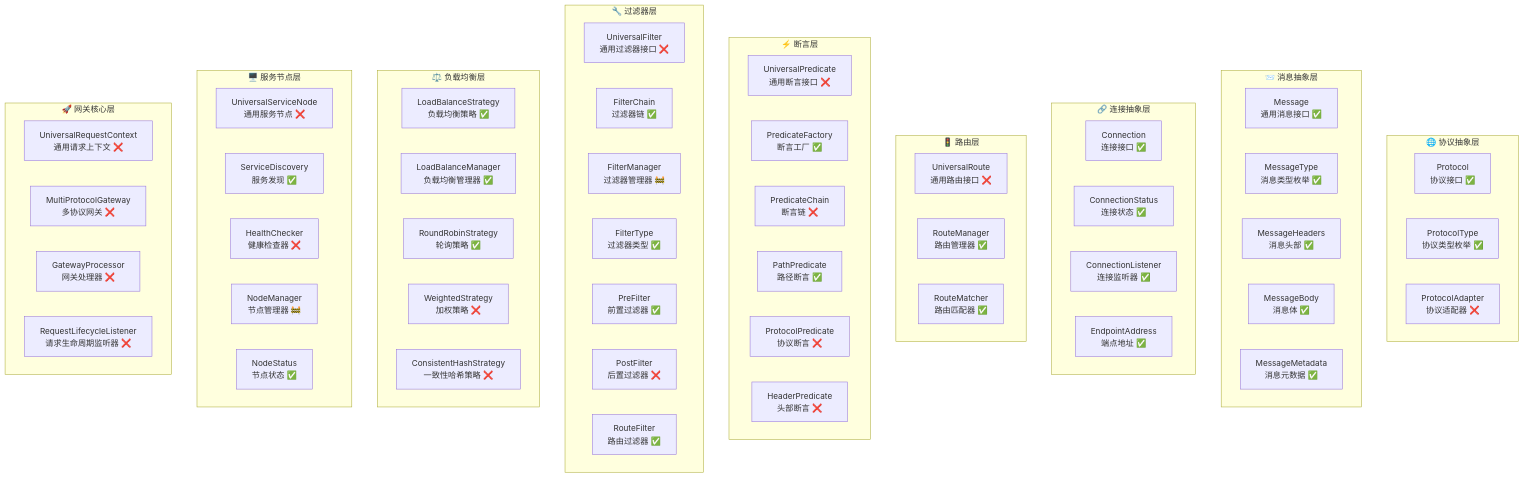
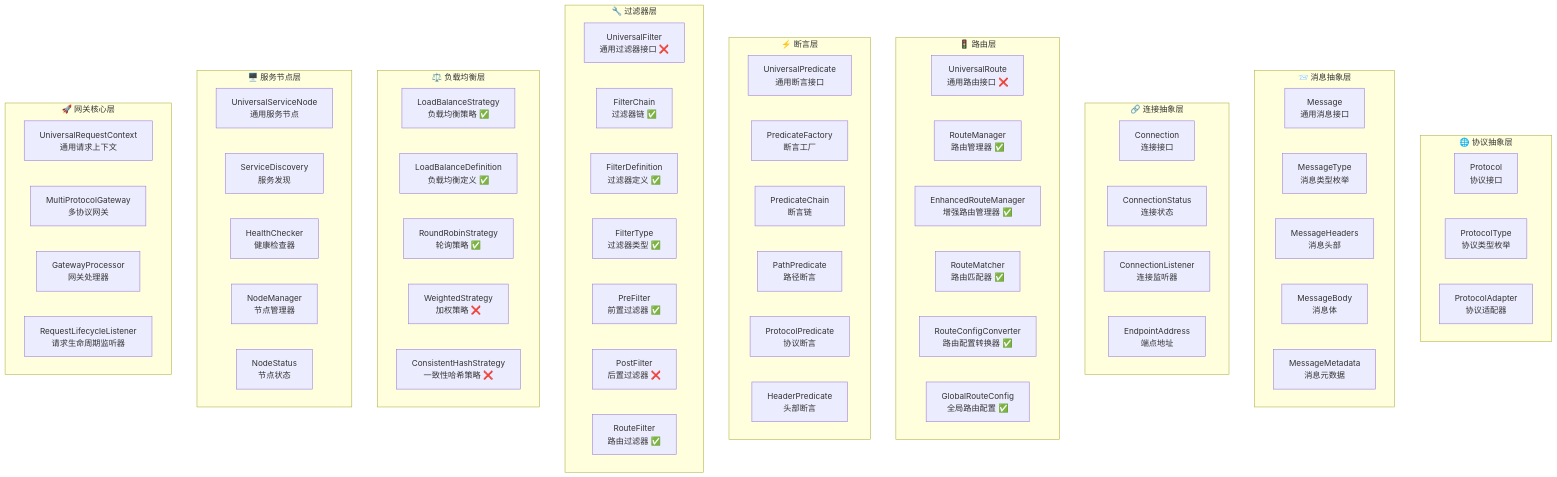
The first of 2 diagrams in muxin-gateway/doc/协议无关网关架构设计文档.md (MidYoungXZ/muxin-gateway), drawn with Mermaid before and after one commit. The commit also changed other lines of this file and 57 other files, not shown here.

````diff
--- a/muxin-gateway/doc/协议无关网关架构设计文档.md
+++ b/muxin-gateway/doc/协议无关网关架构设计文档.md
@@ -271,50 +249,53 @@
 graph TB
     %% 协议抽象层
     subgraph ProtocolLayer["🌐 协议抽象层"]
-        Protocol[Protocol<br/>协议接口 ✅]
-        ProtocolType[ProtocolType<br/>协议类型枚举 ✅]
-        ProtocolAdapter[ProtocolAdapter<br/>协议适配器 ❌]
+        Protocol[Protocol<br/>协议接口]
+        ProtocolType[ProtocolType<br/>协议类型枚举]
+        ProtocolAdapter[ProtocolAdapter<br/>协议适配器]
     end
     
     %% 消息抽象层
     subgraph MessageLayer["📨 消息抽象层"]
-        Message[Message<br/>通用消息接口 ✅]
-        MessageType[MessageType<br/>消息类型枚举 ✅]
-        MessageHeaders[MessageHeaders<br/>消息头部 ✅]
-        MessageBody[MessageBody<br/>消息体 ✅]
-        MessageMetadata[MessageMetadata<br/>消息元数据 ✅]
+        Message[Message<br/>通用消息接口]
+        MessageType[MessageType<br/>消息类型枚举]
+        MessageHeaders[MessageHeaders<br/>消息头部]
+        MessageBody[MessageBody<br/>消息体]
+        MessageMetadata[MessageMetadata<br/>消息元数据]
     end
     
     %% 连接抽象层
     subgraph ConnectionLayer["🔗 连接抽象层"]
-        Connection[Connection<br/>连接接口 ✅]
-        ConnectionStatus[ConnectionStatus<br/>连接状态 ✅]
-        ConnectionListener[ConnectionListener<br/>连接监听器 ✅]
-        EndpointAddress[EndpointAddress<br/>端点地址 ✅]
+        Connection[Connection<br/>连接接口]
+        ConnectionStatus[ConnectionStatus<br/>连接状态]
+        ConnectionListener[ConnectionListener<br/>连接监听器]
+        EndpointAddress[EndpointAddress<br/>端点地址]
     end
     
     %% 路由层
     subgraph RouteLayer["🚦 路由层"]
         UniversalRoute[UniversalRoute<br/>通用路由接口 ❌]
         RouteManager[RouteManager<br/>路由管理器 ✅]
+        EnhancedRouteManager[EnhancedRouteManager<br/>增强路由管理器 ✅]
         RouteMatcher[RouteMatcher<br/>路由匹配器 ✅]
+        RouteConfigConverter[RouteConfigConverter<br/>路由配置转换器 ✅]
+        GlobalRouteConfig[GlobalRouteConfig<br/>全局路由配置 ✅]
     end
     
     %% 断言层
     subgraph PredicateLayer["⚡ 断言层"]
-        UniversalPredicate[UniversalPredicate<br/>通用断言接口 ❌]
-        PredicateFactory[PredicateFactory<br/>断言工厂 ✅]
-        PredicateChain[PredicateChain<br/>断言链 ❌]
-        PathPredicate[PathPredicate<br/>路径断言 ✅]
-        ProtocolPredicate[ProtocolPredicate<br/>协议断言 ❌]
-        HeaderPredicate[HeaderPredicate<br/>头部断言 ❌]
+        UniversalPredicate[UniversalPredicate<br/>通用断言接口]
+        PredicateFactory[PredicateFactory<br/>断言工厂]
+        PredicateChain[PredicateChain<br/>断言链]
+        PathPredicate[PathPredicate<br/>路径断言]
+        ProtocolPredicate[ProtocolPredicate<br/>协议断言]
+        HeaderPredicate[HeaderPredicate<br/>头部断言]
     end
     
     %% 过滤器层
     subgraph FilterLayer["🔧 过滤器层"]
         UniversalFilter[UniversalFilter<br/>通用过滤器接口 ❌]
         FilterChain[FilterChain<br/>过滤器链 ✅]
-        FilterManager[FilterManager<br/>过滤器管理器 🚧]
+        FilterDefinition[FilterDefinition<br/>过滤器定义 ✅]
         FilterType[FilterType<br/>过滤器类型 ✅]
         PreFilter[PreFilter<br/>前置过滤器 ✅]
         PostFilter[PostFilter<br/>后置过滤器 ❌]
@@ -324,7 +305,7 @@
     %% 负载均衡层
     subgraph LoadBalanceLayer["⚖️ 负载均衡层"]
         LoadBalanceStrategy[LoadBalanceStrategy<br/>负载均衡策略 ✅]
-        LoadBalanceManager[LoadBalanceManager<br/>负载均衡管理器 ✅]
+        LoadBalanceDefinition[LoadBalanceDefinition<br/>负载均衡定义 ✅]
         RoundRobinStrategy[RoundRobinStrategy<br/>轮询策略 ✅]
         WeightedStrategy[WeightedStrategy<br/>加权策略 ❌]
         ConsistentHashStrategy[ConsistentHashStrategy<br/>一致性哈希策略 ❌]
@@ -332,18 +313,18 @@
     
     %% 服务节点层
     subgraph NodeLayer["🖥️ 服务节点层"]
-        UniversalServiceNode[UniversalServiceNode<br/>通用服务节点 ❌]
-        ServiceDiscovery[ServiceDiscovery<br/>服务发现 ✅]
-        HealthChecker[HealthChecker<br/>健康检查器 ❌]
-        NodeManager[NodeManager<br/>节点管理器 🚧]
-        NodeStatus[NodeStatus<br/>节点状态 ✅]
+        UniversalServiceNode[UniversalServiceNode<br/>通用服务节点]
+        ServiceDiscovery[ServiceDiscovery<br/>服务发现]
+        HealthChecker[HealthChecker<br/>健康检查器]
+        NodeManager[NodeManager<br/>节点管理器]
+        NodeStatus[NodeStatus<br/>节点状态]
     end
     
     %% 网关核心层
     subgraph GatewayCore["🚀 网关核心层"]
-        UniversalRequestContext[UniversalRequestContext<br/>通用请求上下文 ❌]
-        MultiProtocolGateway[MultiProtocolGateway<br/>多协议网关 ❌]
-        GatewayProcessor[GatewayProcessor<br/>网关处理器 ❌]
-        RequestLifecycleListener[RequestLifecycleListener<br/>请求生命周期监听器 ❌]
+        UniversalRequestContext[UniversalRequestContext<br/>通用请求上下文]
+        MultiProtocolGateway[MultiProtocolGateway<br/>多协议网关]
+        GatewayProcessor[GatewayProcessor<br/>网关处理器]
+        RequestLifecycleListener[RequestLifecycleListener<br/>请求生命周期监听器]
     end
 ```
````
